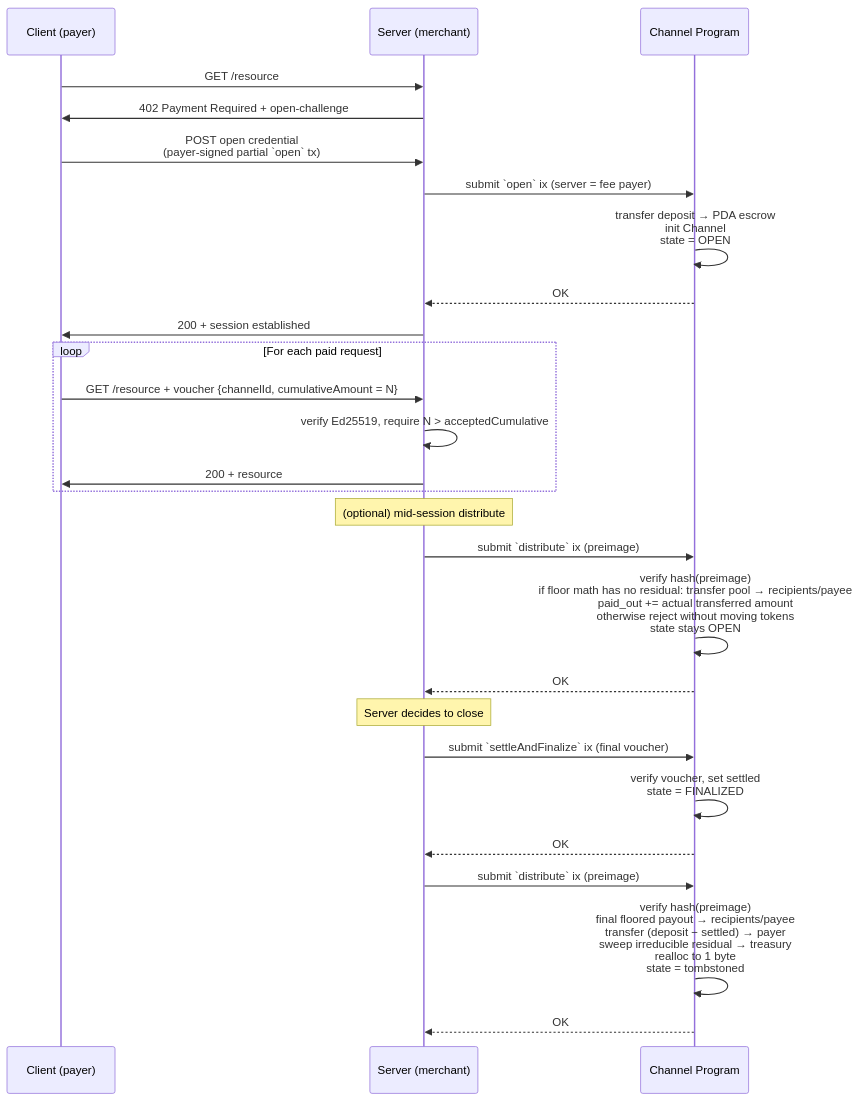
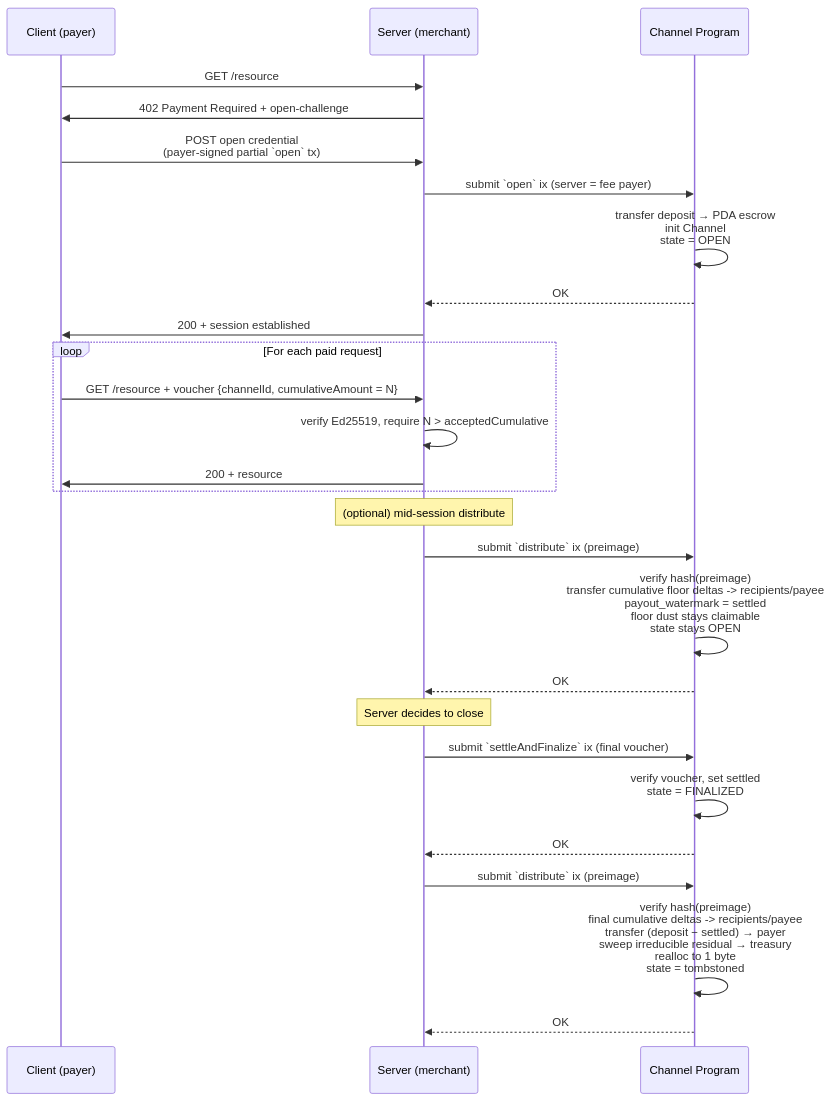
Before and after one commit to solana-foundation/payment-channels: the first of 2 diagrams in docs/002-http-protocol.md, drawn with Mermaid. The commit also changed other lines of this file and 21 other files, not shown here.

Commit message:
fix distribute cumulative floor accounting

````diff
--- a/docs/002-http-protocol.md
+++ b/docs/002-http-protocol.md
@@ -108,35 +108,35 @@
 ```mermaid
 sequenceDiagram
     participant C as Client (payer)
     participant S as Server (merchant)
     participant P as Channel Program
 
     C->>S: GET /resource
     S->>C: 402 Payment Required + open-challenge
 
     C->>S: POST open credential<br/>(payer-signed partial `open` tx)
     S->>P: submit `open` ix (server = fee payer)
     P->>P: transfer deposit → PDA escrow<br/>init Channel<br/>state = OPEN
     P-->>S: OK
     S->>C: 200 + session established
 
     loop For each paid request
         C->>S: GET /resource + voucher {channelId, cumulativeAmount = N}
         S->>S: verify Ed25519, require N > acceptedCumulative
         S->>C: 200 + resource
     end
 
     Note over S: (optional) mid-session distribute
     S->>P: submit `distribute` ix (preimage)
-    P->>P: verify hash(preimage)<br/>if floor math has no residual: transfer pool → recipients/payee<br/>paid_out += actual transferred amount<br/>otherwise reject without moving tokens<br/>state stays OPEN
+    P->>P: verify hash(preimage)<br/>transfer cumulative floor deltas -> recipients/payee<br/>payout_watermark = settled<br/>floor dust stays claimable<br/>state stays OPEN
     P-->>S: OK
 
     Note over S: Server decides to close
     S->>P: submit `settleAndFinalize` ix (final voucher)
     P->>P: verify voucher, set settled<br/>state = FINALIZED
     P-->>S: OK
 
     S->>P: submit `distribute` ix (preimage)
-    P->>P: verify hash(preimage)<br/>final floored payout → recipients/payee<br/>transfer (deposit − settled) → payer<br/>sweep irreducible residual → treasury<br/>realloc to 1 byte<br/>state = tombstoned
+    P->>P: verify hash(preimage)<br/>final cumulative deltas -> recipients/payee<br/>transfer (deposit − settled) → payer<br/>sweep irreducible residual → treasury<br/>realloc to 1 byte<br/>state = tombstoned
     P-->>S: OK
 ```
````
